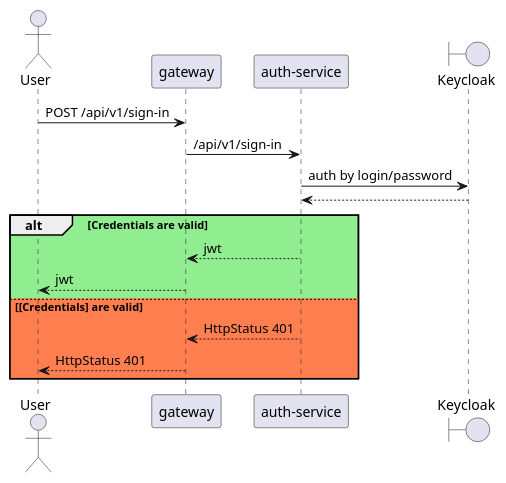
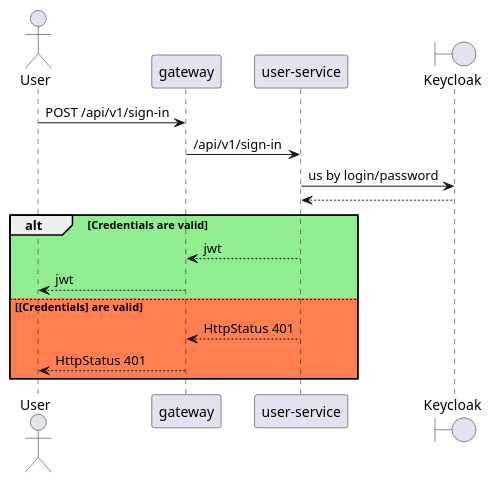
Before and after one commit to dalayLama/otus-microservice-2024-08: the diagram in hw-01/use-cases/user-sign-in/user-sign-in.puml, drawn with PlantUML. The commit also changed 19 other files, not shown here.

```diff
--- a/hw-01/use-cases/user-sign-in/user-sign-in.puml
+++ b/hw-01/use-cases/user-sign-in/user-sign-in.puml
@@ -1,20 +1,20 @@
 @startuml
 
 actor "User" as user
 participant "gateway" as gw
-participant "auth-service" as auth
+participant "user-service" as us
 boundary "Keycloak" as kk
 
 user -> gw: POST /api/v1/sign-in
-gw -> auth: /api/v1/sign-in
-auth -> kk: auth by login/password
-kk --> auth
+gw -> us: /api/v1/sign-in
+us -> kk: us by login/password
+kk --> us
 alt #lightgreen Credentials are valid
-    auth --> gw: jwt
+    us --> gw: jwt
     gw --> user: jwt
 else #coral [Credentials] are valid
-    auth --> gw: HttpStatus 401
+    us --> gw: HttpStatus 401
     gw --> user: HttpStatus 401
 end
 
 @enduml
```
